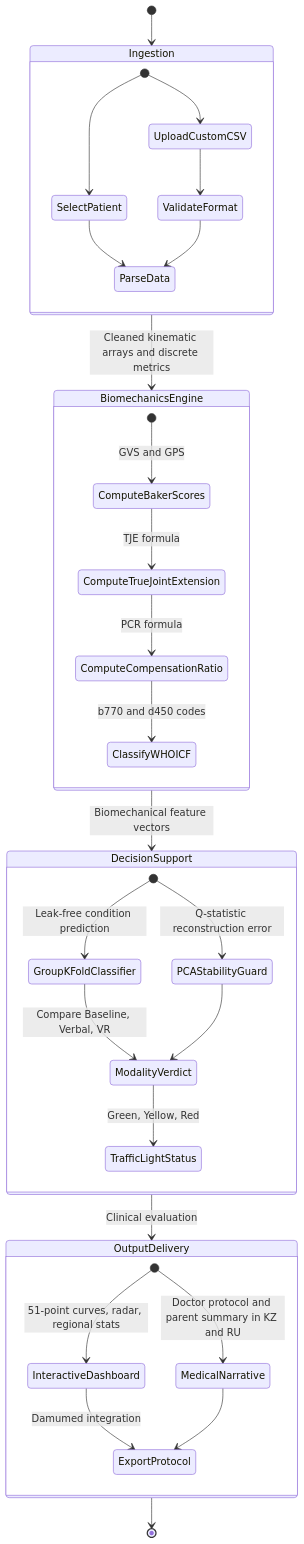
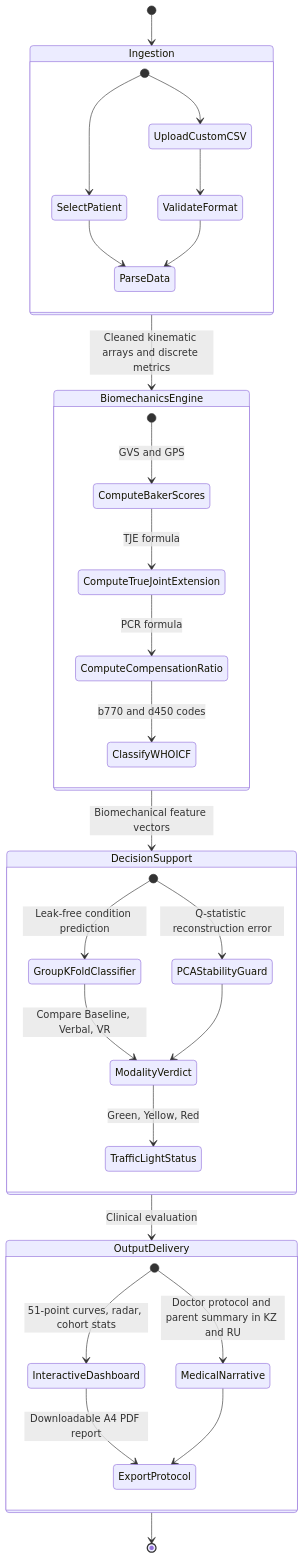
Before and after one commit to Tamukj/Libra: the diagram in README.md, drawn with Mermaid. The commit also changed other lines of this file and 30 other files, not shown here.

````diff
--- a/README.md
+++ b/README.md
@@ -13,42 +13,42 @@
 ```mermaid
 stateDiagram-v2
     [*] --> Ingestion
 
     state Ingestion {
         [*] --> SelectPatient
         [*] --> UploadCustomCSV
         SelectPatient --> ParseData
         UploadCustomCSV --> ValidateFormat
         ValidateFormat --> ParseData
     }
 
     Ingestion --> BiomechanicsEngine : Cleaned kinematic arrays and discrete metrics
 
     state BiomechanicsEngine {
         [*] --> ComputeBakerScores : GVS and GPS
         ComputeBakerScores --> ComputeTrueJointExtension : TJE formula
         ComputeTrueJointExtension --> ComputeCompensationRatio : PCR formula
         ComputeCompensationRatio --> ClassifyWHOICF : b770 and d450 codes
     }
 
     BiomechanicsEngine --> DecisionSupport : Biomechanical feature vectors
 
     state DecisionSupport {
         [*] --> GroupKFoldClassifier : Leak-free condition prediction
         [*] --> PCAStabilityGuard : Q-statistic reconstruction error
         GroupKFoldClassifier --> ModalityVerdict : Compare Baseline, Verbal, VR
         PCAStabilityGuard --> ModalityVerdict
         ModalityVerdict --> TrafficLightStatus : Green, Yellow, Red
     }
 
     DecisionSupport --> OutputDelivery : Clinical evaluation
 
     state OutputDelivery {
-        [*] --> InteractiveDashboard : 51-point curves, radar, regional stats
+        [*] --> InteractiveDashboard : 51-point curves, radar, cohort stats
         [*] --> MedicalNarrative : Doctor protocol and parent summary in KZ and RU
-        InteractiveDashboard --> ExportProtocol : Damumed integration
+        InteractiveDashboard --> ExportProtocol : Downloadable A4 PDF report
         MedicalNarrative --> ExportProtocol
     }
 
     OutputDelivery --> [*]
 ```
````
